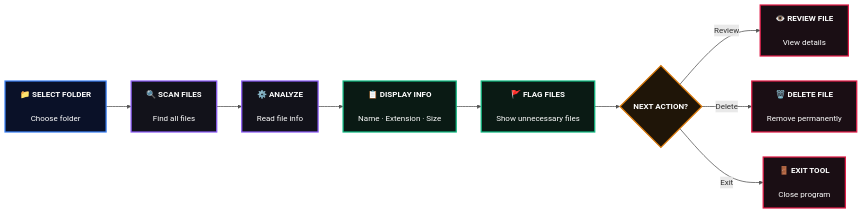
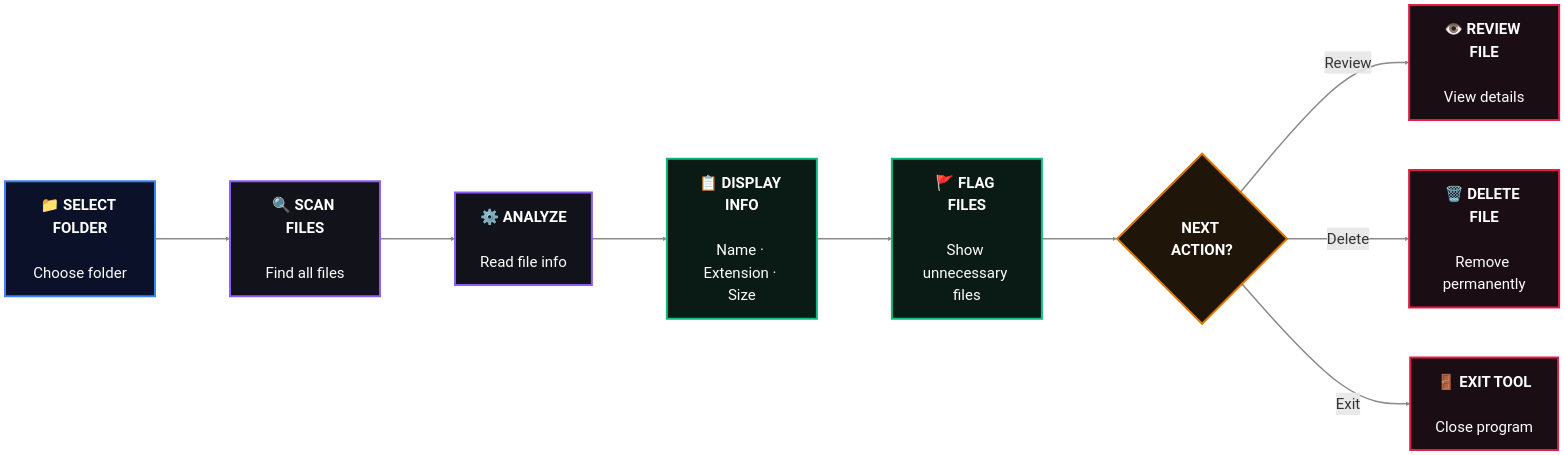
The diagram in README.md (beenish-majeed/Dead_File_Finder), drawn with Mermaid before and after one commit.

Commit message:
Update workflow visual

````diff
--- a/README.md
+++ b/README.md
@@ -42,45 +42,46 @@
 ```mermaid
+%%{init: {"flowchart": {"nodeSpacing": 100, "rankSpacing": 150, "curve": "basis", "padding": 25, "useMaxWidth": false}, "themeVariables": {"fontSize": "30px", "fontFamily": "JetBrains Mono, monospace"}}}%%
 flowchart LR
 
     A["<b>📁 SELECT FOLDER</b><br/><br/>Choose folder"]
 
     B["<b>🔍 SCAN FILES</b><br/><br/>Find all files"]
 
     C["<b>⚙️ ANALYZE</b><br/><br/>Read file info"]
 
     D["<b>📋 DISPLAY INFO</b><br/><br/>Name · Extension · Size"]
 
     D2["<b>🚩 FLAG FILES</b><br/><br/>Show unnecessary files"]
 
     E{"<b>NEXT ACTION?</b>"}
 
     F["<b>👁️ REVIEW FILE</b><br/><br/>View details"]
 
     G["<b>🗑️ DELETE FILE</b><br/><br/>Remove permanently"]
 
     H["<b>🚪 EXIT TOOL</b><br/><br/>Close program"]
 
     A --> B
     B --> C
     C --> D
     D --> D2
     D2 --> E
 
     E -->|Review| F
     E -->|Delete| G
     E -->|Exit| H
 
-    classDef input fill:#0a1128,stroke:#3b82f6,color:#ffffff,stroke-width:2.5px;
-    classDef process fill:#12121a,stroke:#8b5cf6,color:#ffffff,stroke-width:2.5px;
-    classDef analysis fill:#0a1a14,stroke:#10b981,color:#ffffff,stroke-width:2.5px;
-    classDef decision fill:#1f1508,stroke:#d97706,color:#ffffff,stroke-width:2.5px;
-    classDef output fill:#1a0e14,stroke:#e11d48,color:#ffffff,stroke-width:2.5px;
+    classDef input fill:#0a1128,stroke:#3b82f6,color:#ffffff,stroke-width:4px;
+    classDef process fill:#12121a,stroke:#8b5cf6,color:#ffffff,stroke-width:4px;
+    classDef analysis fill:#0a1a14,stroke:#10b981,color:#ffffff,stroke-width:4px;
+    classDef decision fill:#1f1508,stroke:#d97706,color:#ffffff,stroke-width:4px;
+    classDef output fill:#1a0e14,stroke:#e11d48,color:#ffffff,stroke-width:4px;
 
-    linkStyle default stroke:#525252,stroke-width:1.5px;
+    linkStyle default stroke:#8a8a8a,stroke-width:3px;
 
     class A input;
     class B,C process;
     class D,D2 analysis;
     class E decision;
     class F,G,H output;
 ```
````
